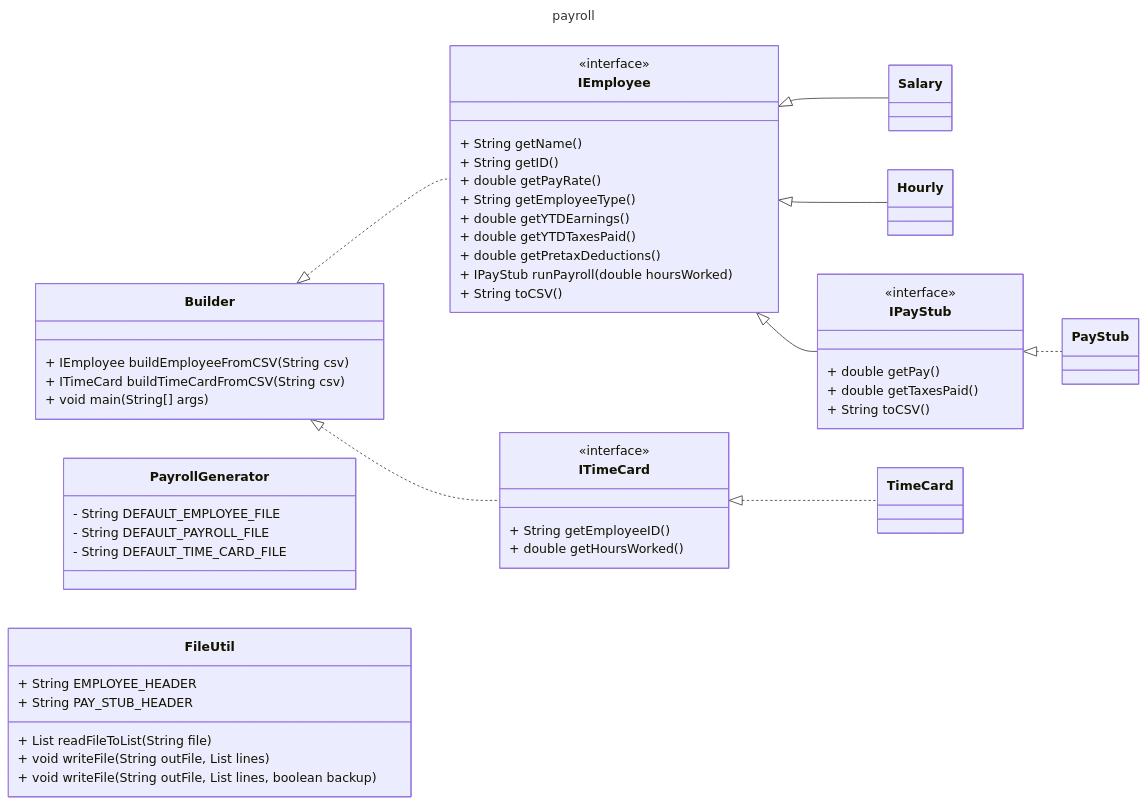
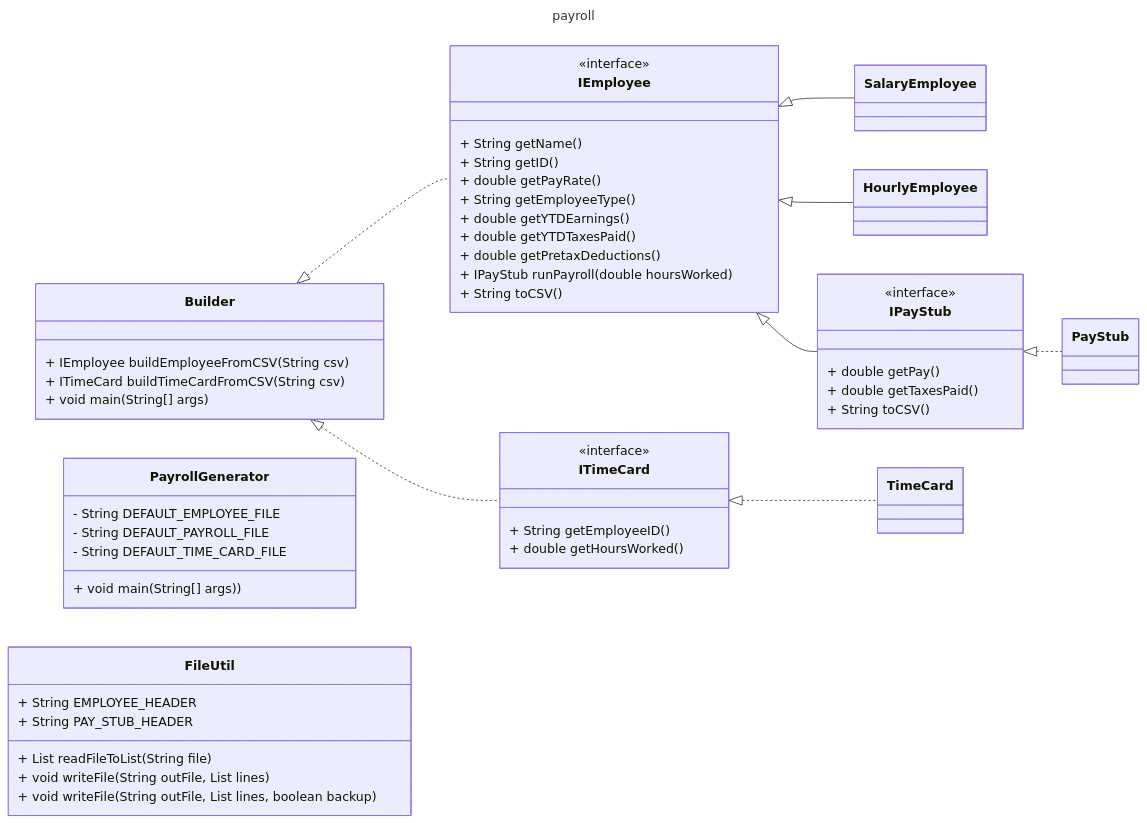
The first of 2 diagrams in DesignDocument.md (5004-SEA-Fa24-Geeng/payroll-gen-echoyanxx), drawn with Mermaid before and after one commit. The commit also changed other lines of this file and 9 other files, not shown here.

````diff
--- a/DesignDocument.md
+++ b/DesignDocument.md
@@ -43,56 +12,65 @@
 ```mermaid
 ---
 title: payroll
 ---
 classDiagram
     direction LR
-    IEmployee <|-- Salary
-    IEmployee <|-- Hourly
+    IEmployee <|-- SalaryEmployee
+    IEmployee <|-- HourlyEmployee
     IEmployee <|-- IPayStub
     IPayStub <|.. PayStub
     Builder <|.. IEmployee
     Builder <|.. ITimeCard
     ITimeCard <|.. TimeCard
     class IEmployee{
         <<interface>>
         + String getName()
         + String getID()
         + double getPayRate()
         + String getEmployeeType()
         + double getYTDEarnings()
         + double getYTDTaxesPaid()
         + double getPretaxDeductions()
         + IPayStub runPayroll(double hoursWorked)
         + String toCSV()
     }
+    class HourlyEmployee{
+    }
+    class SalaryEmployee{
+    }
     class IPayStub{
         <<interface>>
         + double getPay()
         + double getTaxesPaid()
         + String toCSV()
     }
     class ITimeCard{
         <<interface>>
         + String getEmployeeID()
         + double getHoursWorked()
     }
     class PayrollGenerator{
         - String DEFAULT_EMPLOYEE_FILE
         - String DEFAULT_PAYROLL_FILE
         - String DEFAULT_TIME_CARD_FILE
+        + void main(String[] args))
     }
     class Builder{
         + IEmployee buildEmployeeFromCSV(String csv)
         + ITimeCard buildTimeCardFromCSV(String csv)
         + void main(String[] args)
 
     }
     class FileUtil{
         + String EMPLOYEE_HEADER
         + String PAY_STUB_HEADER
         + List<String> readFileToList(String file)
         + void writeFile(String outFile, List<String> lines)
         + void writeFile(String outFile, List<String> lines, boolean backup)
         
     }
+    class PayStub{
+    }
+    class TimeCard{
+    }
 ```
````
